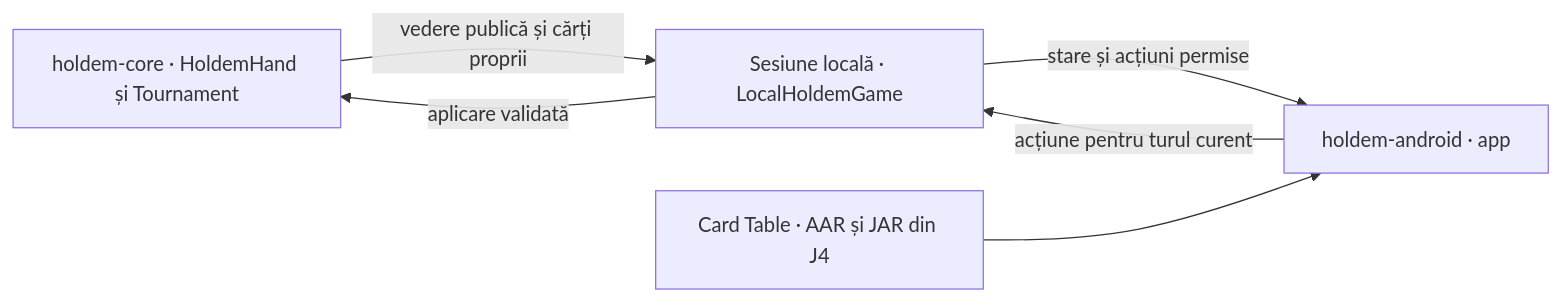
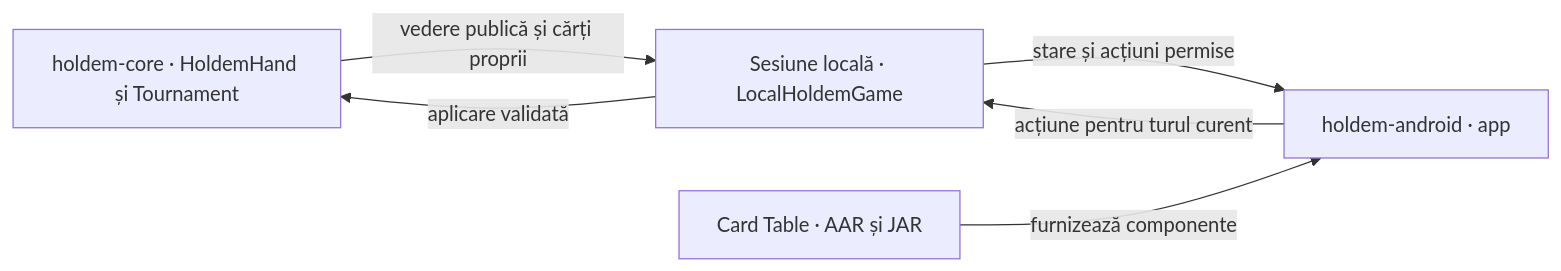
The first of 3 diagrams in docs/architecture/ARCHITECTURE.md (crististefanita/atf_j6), drawn with Mermaid before and after one commit. The commit also changed other lines of this file and 108 other files, not shown here.

````diff
--- a/docs/architecture/ARCHITECTURE.md
+++ b/docs/architecture/ARCHITECTURE.md
@@ -39,8 +27,8 @@
 ```mermaid
 flowchart LR
     Core["holdem-core · HoldemHand și Tournament"] -->|"vedere publică și cărți proprii"| Session["Sesiune locală · LocalHoldemGame"]
     Session -->|"stare și acțiuni permise"| App["holdem-android · app"]
     App -->|"acțiune pentru turul curent"| Session
     Session -->|"aplicare validată"| Core
-    Library["Card Table · AAR și JAR din J4"] --> App
+    Library["Card Table · AAR și JAR"] -->|furnizează componente| App
 ```
````
